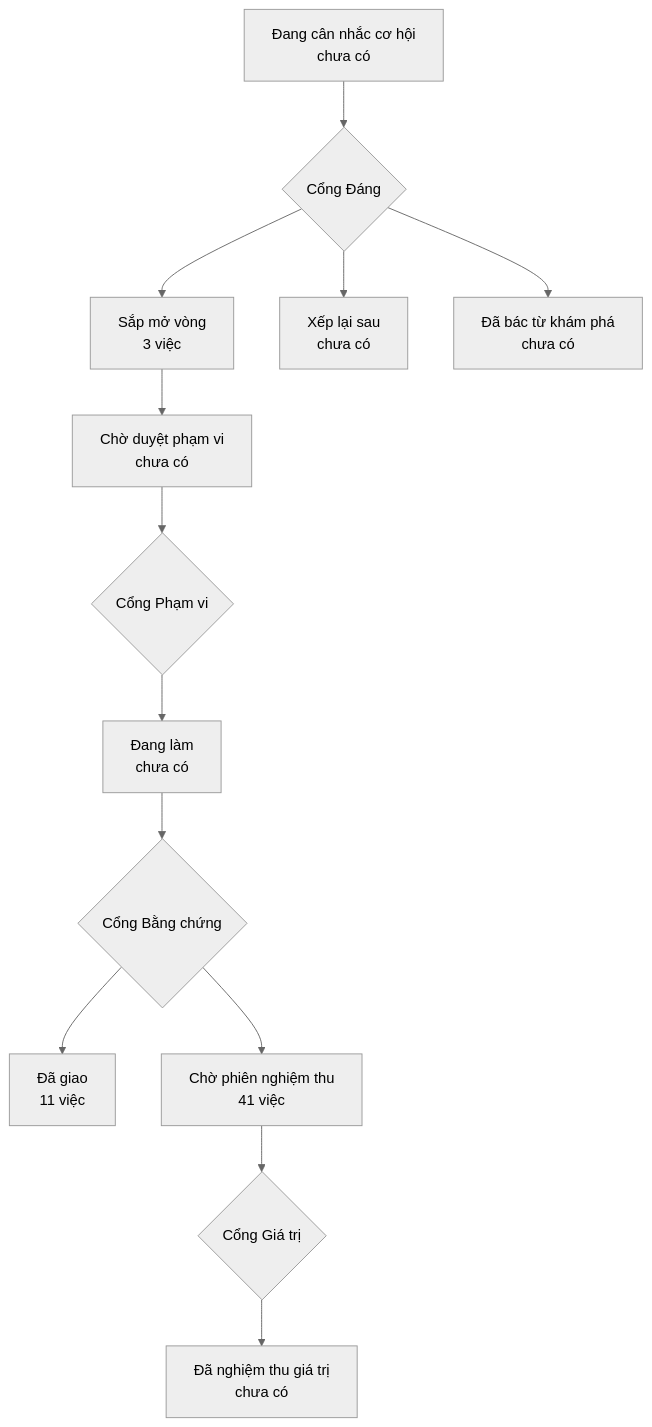
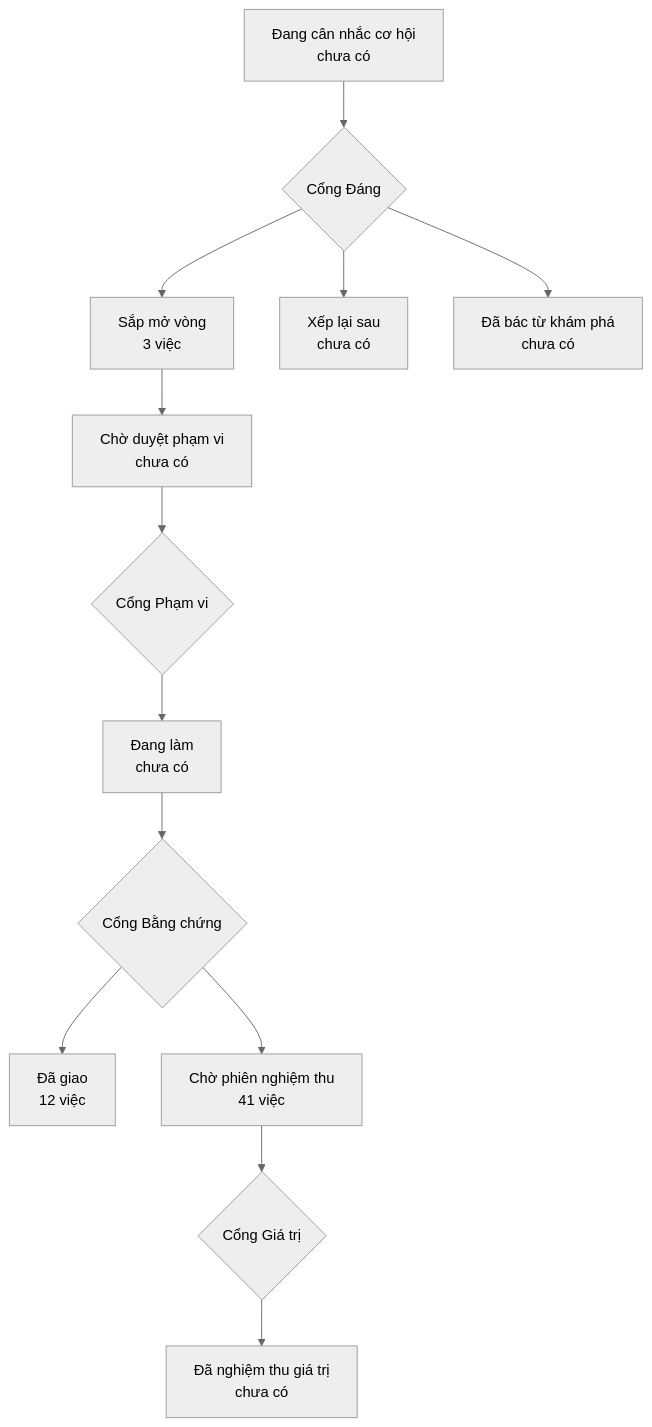
One commit to phanlemanh/onehub-quy-hang changed the diagram in PRODUCT-MAP.md. Above: the diagram before and after it, drawn with Mermaid (neutral theme). The commit also changed other lines of this file and 1 other file, not shown here.

Commit message:
chore(he-bo-cuc): vẽ lại bản đồ sau gộp main (PR #79)

````diff
--- a/PRODUCT-MAP.md
+++ b/PRODUCT-MAP.md
@@ -7,12 +7,12 @@
 ```mermaid
 flowchart TD
   A["Đang cân nhắc cơ hội<br/>chưa có"] --> GD{"Cổng Đáng"}
   GD --> B["Sắp mở vòng<br/>3 việc"]
   GD --> XL["Xếp lại sau<br/>chưa có"]
   GD --> DB["Đã bác từ khám phá<br/>chưa có"]
   B --> CD["Chờ duyệt phạm vi<br/>chưa có"] --> GP{"Cổng Phạm vi"}
   GP --> DL["Đang làm<br/>chưa có"] --> GB{"Cổng Bằng chứng"}
-  GB --> DG["Đã giao<br/>11 việc"]
+  GB --> DG["Đã giao<br/>12 việc"]
   GB --> CN["Chờ phiên nghiệm thu<br/>41 việc"] --> GG{"Cổng Giá trị"}
   GG --> NT["Đã nghiệm thu giá trị<br/>chưa có"]
 ```
````
